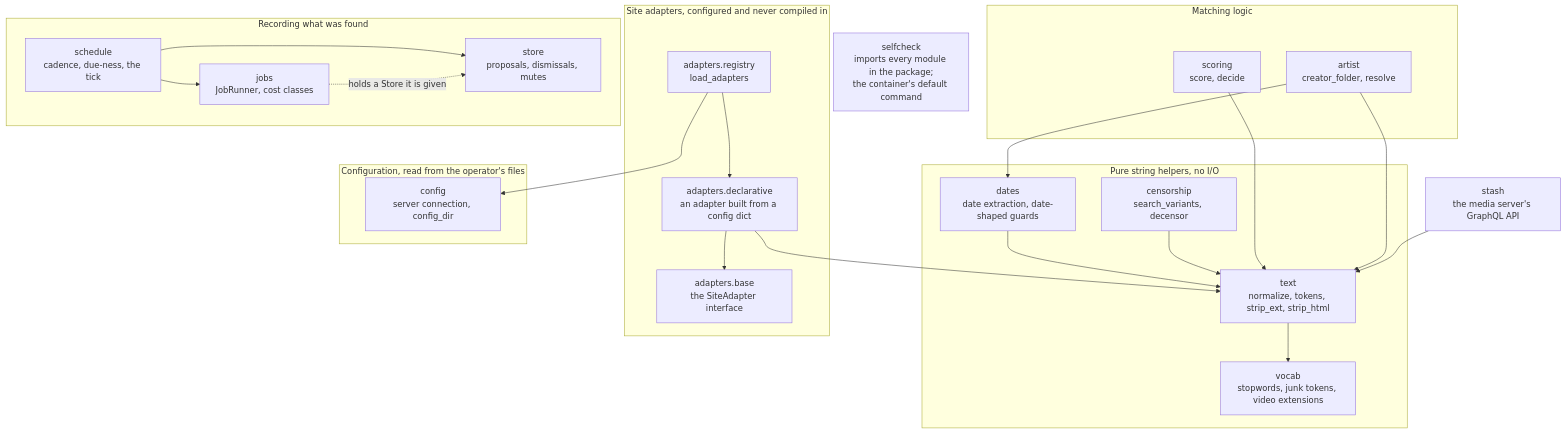
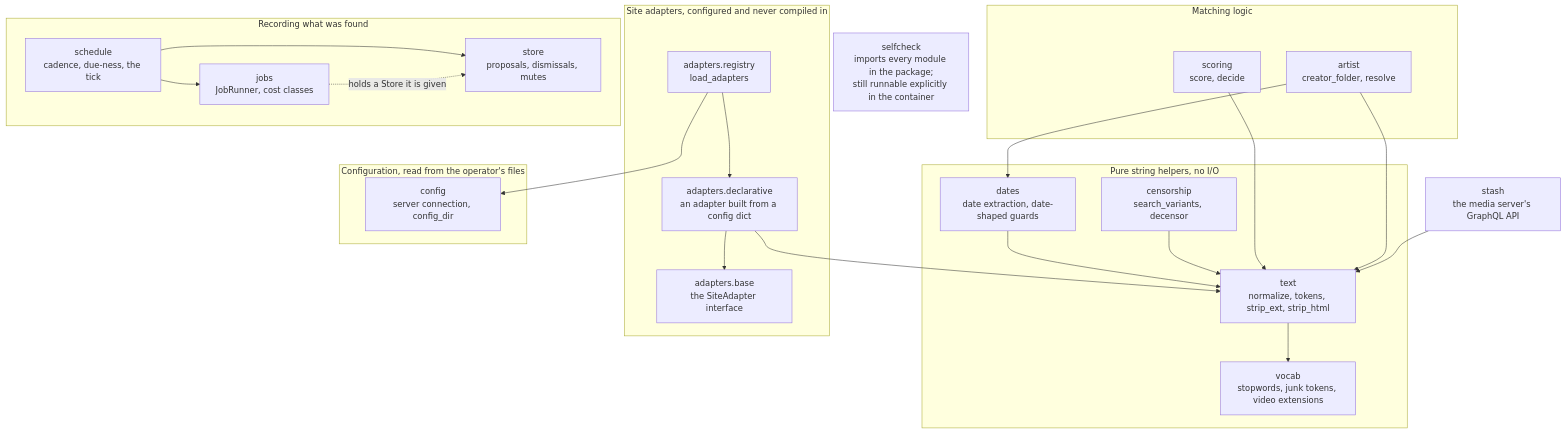
The diagram in README.md (cabinetworks/cronicled), drawn with Mermaid before and after one commit. The commit also changed other lines of this file and 6 other files, not shown here.

````diff
--- a/README.md
+++ b/README.md
@@ -72,49 +75,49 @@
 ```mermaid
 flowchart TD
     subgraph pure["Pure string helpers, no I/O"]
         vocab["vocab<br/>stopwords, junk tokens, video extensions"]
         text["text<br/>normalize, tokens, strip_ext, strip_html"]
         dates["dates<br/>date extraction, date-shaped guards"]
         censorship["censorship<br/>search_variants, decensor"]
     end
 
     subgraph matching["Matching logic"]
         scoring["scoring<br/>score, decide"]
         artist["artist<br/>creator_folder, resolve"]
     end
 
     subgraph adapters["Site adapters, configured and never compiled in"]
         base["adapters.base<br/>the SiteAdapter interface"]
         declarative["adapters.declarative<br/>an adapter built from a config dict"]
         registry["adapters.registry<br/>load_adapters"]
     end
 
     subgraph configuration["Configuration, read from the operator's files"]
         config["config<br/>server connection, config_dir"]
     end
 
     stash["stash<br/>the media server's GraphQL API"]
 
     subgraph recording["Recording what was found"]
         store["store<br/>proposals, dismissals, mutes"]
         jobs["jobs<br/>JobRunner, cost classes"]
         schedule["schedule<br/>cadence, due-ness, the tick"]
     end
 
-    selfcheck["selfcheck<br/>imports every module in the package;<br/>the container's default command"]
+    selfcheck["selfcheck<br/>imports every module in the package;<br/>still runnable explicitly in the container"]
 
     text --> vocab
     dates --> text
     censorship --> text
     scoring --> text
     artist --> text
     artist --> dates
     declarative --> base
     declarative --> text
     registry --> declarative
     registry --> config
     schedule --> jobs
     schedule --> store
     stash --> text
     jobs -. "holds a Store it is given" .-> store
 ```
````
